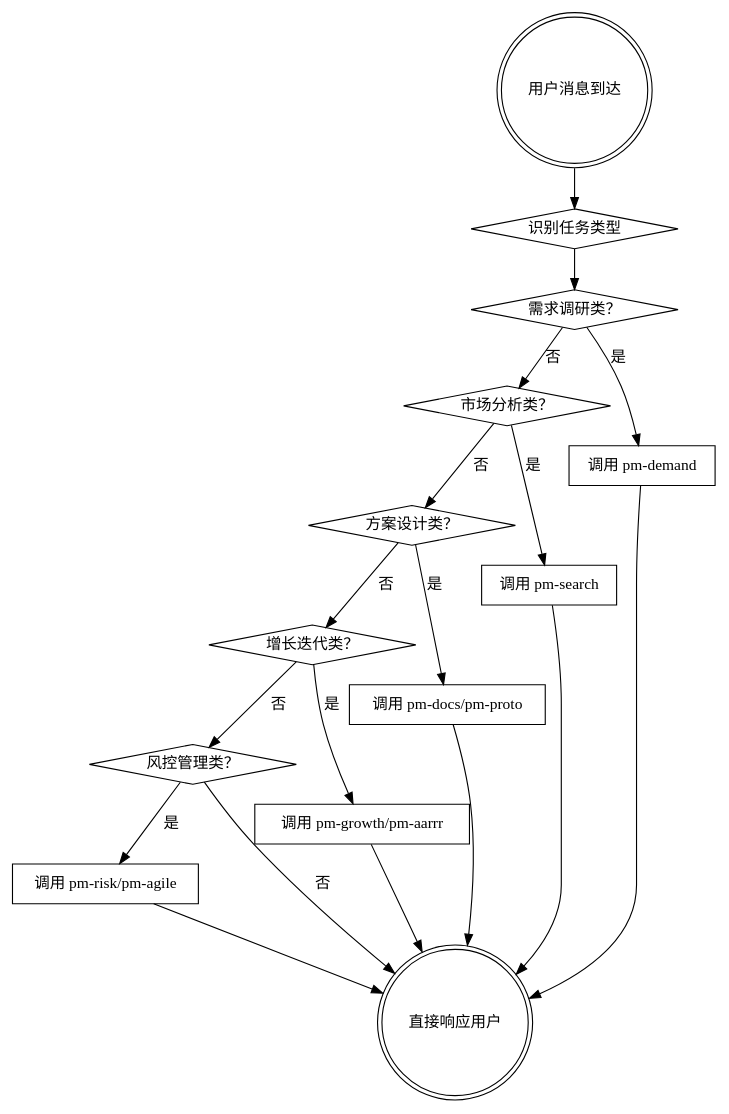
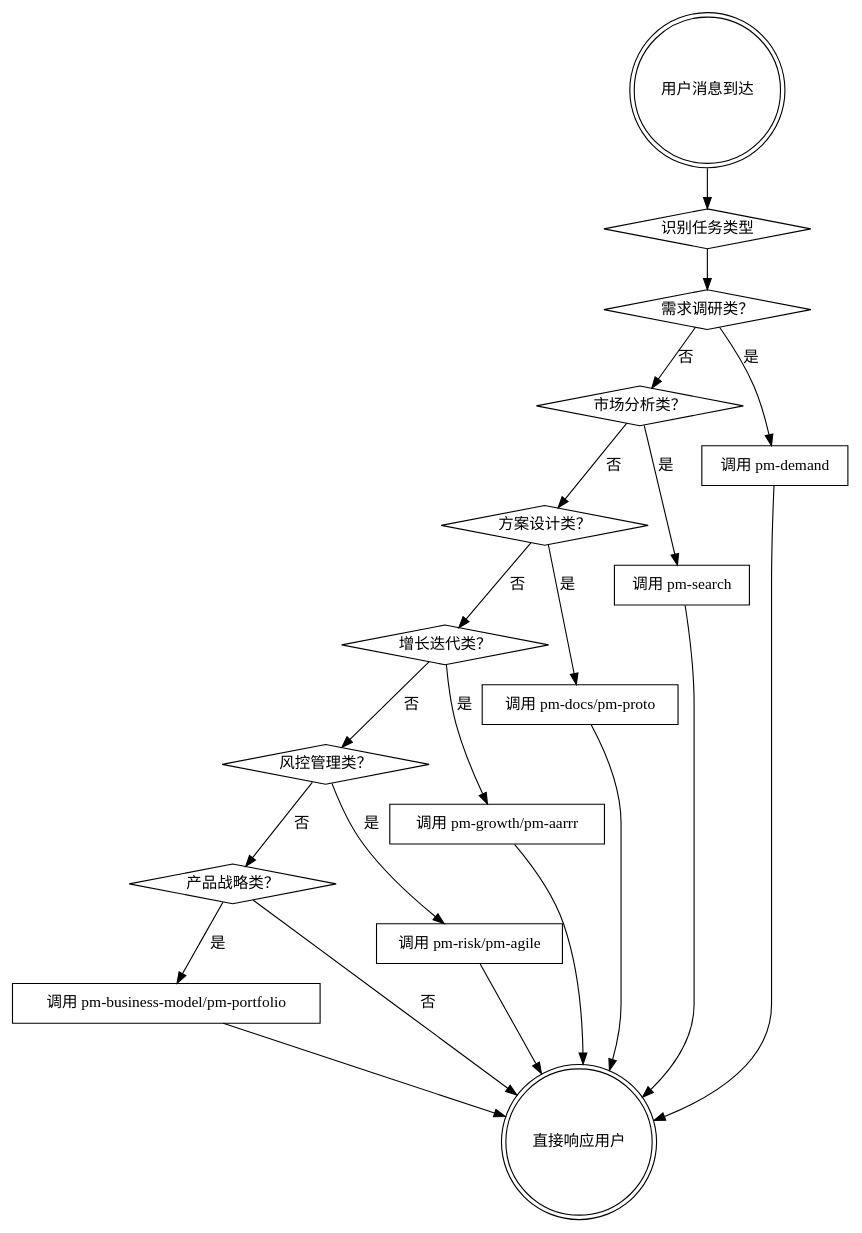
One commit to konglong87/superPM changed the diagram in skills/start-super-pm/SKILL.md. Above: the diagram before and after it, drawn with Graphviz. The commit also changed other lines of this file and 33 other files, not shown here.

````diff
--- a/skills/start-super-pm/SKILL.md
+++ b/skills/start-super-pm/SKILL.md
@@ -57,39 +57,45 @@
 ```dot
 digraph pm_skill_flow {
     "用户消息到达" [shape=doublecircle];
     "识别任务类型" [shape=diamond];
     "需求调研类？" [shape=diamond];
     "市场分析类？" [shape=diamond];
     "方案设计类？" [shape=diamond];
     "增长迭代类？" [shape=diamond];
     "风控管理类？" [shape=diamond];
+    "产品战略类？" [shape=diamond];
     "调用 pm-demand" [shape=box];
     "调用 pm-search" [shape=box];
     "调用 pm-docs/pm-proto" [shape=box];
     "调用 pm-growth/pm-aarrr" [shape=box];
     "调用 pm-risk/pm-agile" [shape=box];
+    "调用 pm-business-model/pm-portfolio" [shape=box];
     "直接响应用户" [shape=doublecircle];
 
     "用户消息到达" -> "识别任务类型";
     "识别任务类型" -> "需求调研类？";
     "需求调研类？" -> "调用 pm-demand" [label="是"];
     "需求调研类？" -> "市场分析类？" [label="否"];
     "调用 pm-demand" -> "直接响应用户";
 
     "市场分析类？" -> "调用 pm-search" [label="是"];
     "市场分析类？" -> "方案设计类？" [label="否"];
     "调用 pm-search" -> "直接响应用户";
 
     "方案设计类？" -> "调用 pm-docs/pm-proto" [label="是"];
     "方案设计类？" -> "增长迭代类？" [label="否"];
     "调用 pm-docs/pm-proto" -> "直接响应用户";
 
     "增长迭代类？" -> "调用 pm-growth/pm-aarrr" [label="是"];
     "增长迭代类？" -> "风控管理类？" [label="否"];
     "调用 pm-growth/pm-aarrr" -> "直接响应用户";
 
     "风控管理类？" -> "调用 pm-risk/pm-agile" [label="是"];
-    "风控管理类？" -> "直接响应用户" [label="否"];
+    "风控管理类？" -> "产品战略类？" [label="否"];
     "调用 pm-risk/pm-agile" -> "直接响应用户";
+
+    "产品战略类？" -> "调用 pm-business-model/pm-portfolio" [label="是"];
+    "产品战略类？" -> "直接响应用户" [label="否"];
+    "调用 pm-business-model/pm-portfolio" -> "直接响应用户";
 }
 ```
````
